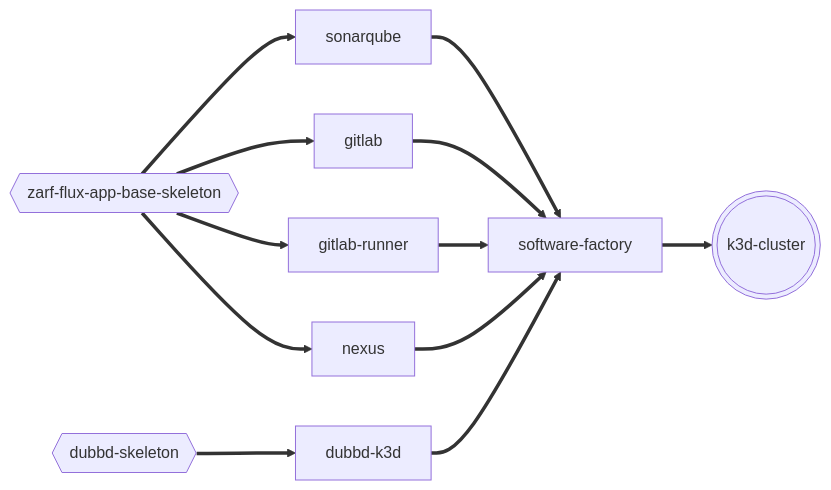
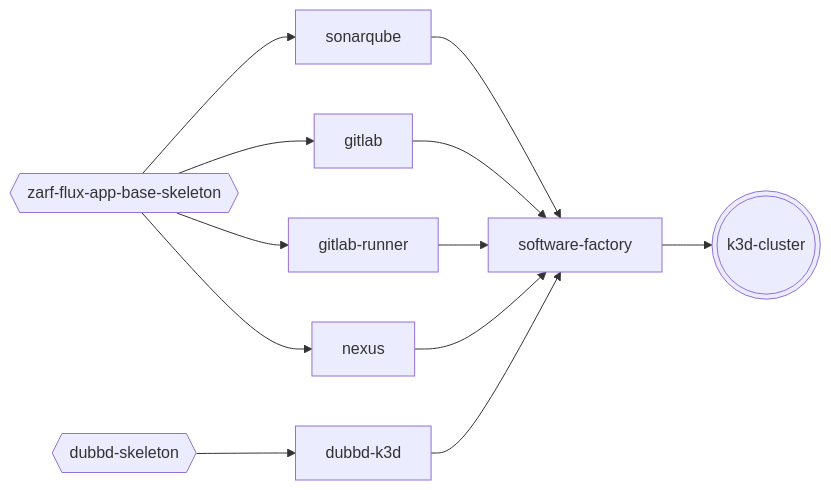
One commit to anthonywendt/uds-software-factory-playground changed the diagram in README.md. Above: the diagram before and after it, drawn with Mermaid.

Commit message:
Diagram lines were to thick

````diff
--- a/README.md
+++ b/README.md
@@ -11,15 +11,15 @@
 ```mermaid
 graph LR;
   skel1{{zarf-flux-app-base-skeleton}}
   skel2{{dubbd-skeleton}}
 
-  skel2 ==> dubbd-k3d
-  skel1 ==> gitlab
-  skel1 ==> gitlab-runner
-  skel1 ==> sonarqube
-  skel1 ==> nexus
+  skel2 --> dubbd-k3d
+  skel1 --> gitlab
+  skel1 --> gitlab-runner
+  skel1 --> sonarqube
+  skel1 --> nexus
 
-  sonarqube & gitlab & gitlab-runner & nexus & dubbd-k3d ==> software-factory
+  sonarqube & gitlab & gitlab-runner & nexus & dubbd-k3d --> software-factory
 
-  software-factory ==> k3d-cluster(((k3d-cluster)))
+  software-factory --> k3d-cluster(((k3d-cluster)))
 ```
````
